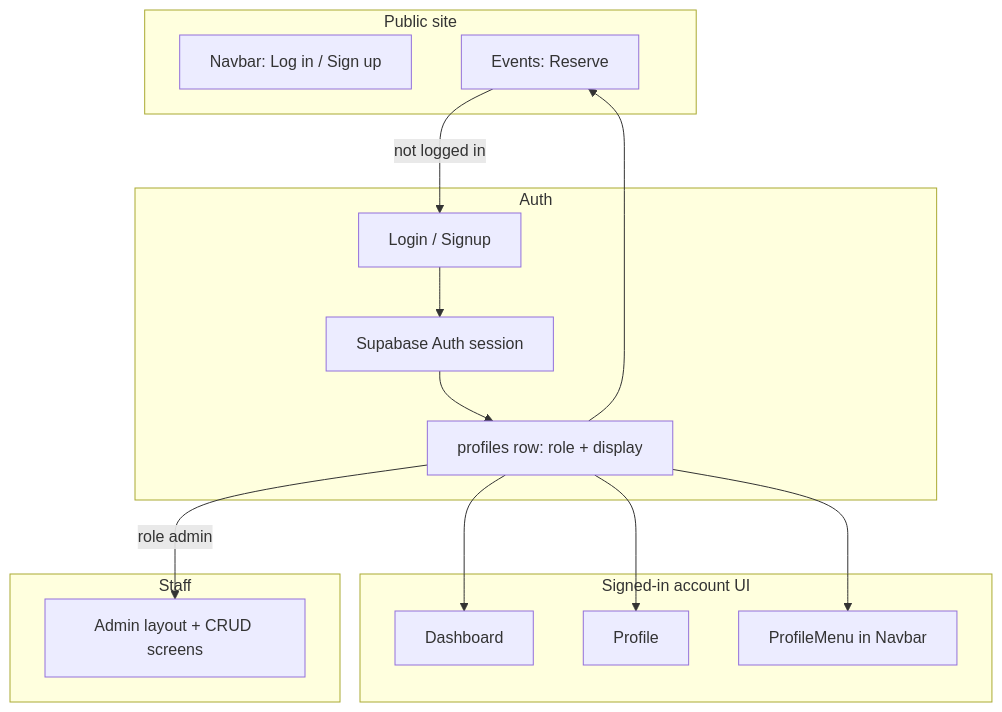
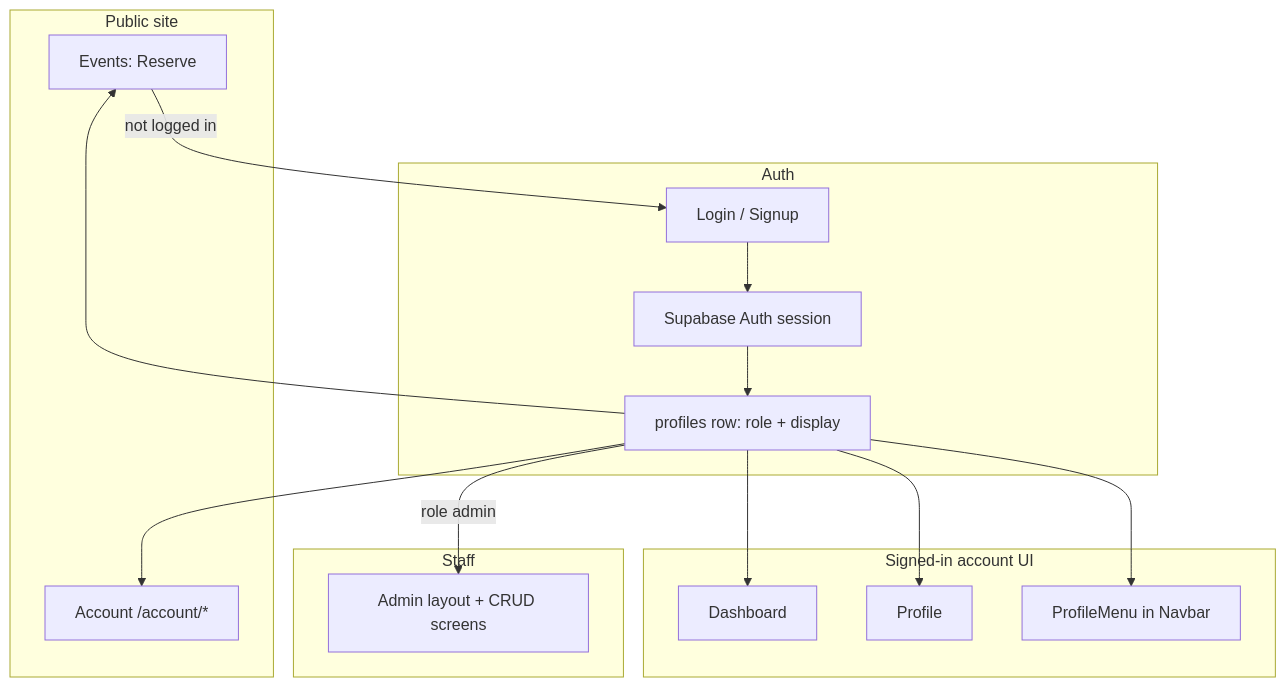
One commit to maximus34530/cigar-society-genesis changed the diagram in UI_UX_implementation_plan.md. Above: the diagram before and after it, drawn with Mermaid. The commit also changed other lines of this file and 21 other files, not shown here.

````diff
--- a/UI_UX_implementation_plan.md
+++ b/UI_UX_implementation_plan.md
@@ -190,28 +193,30 @@
 ```mermaid
 flowchart TD
   subgraph public [Public site]
     A[Navbar: Log in / Sign up]
     E[Events: Reserve]
   end
   subgraph auth [Auth]
     L[Login / Signup]
     S[Supabase Auth session]
     P[profiles row: role + display]
   end
   subgraph account [Signed-in account UI]
     D[Dashboard]
     R[Profile]
+    A[Account /account/*]
     M[ProfileMenu in Navbar]
   end
   subgraph staff [Staff]
     AD[Admin layout + CRUD screens]
   end
   E -->|not logged in| L
   L --> S
   S --> P
   P --> E
   P --> D
   P --> R
+  P --> A
   P --> M
   P -->|role admin| AD
 ```
````
